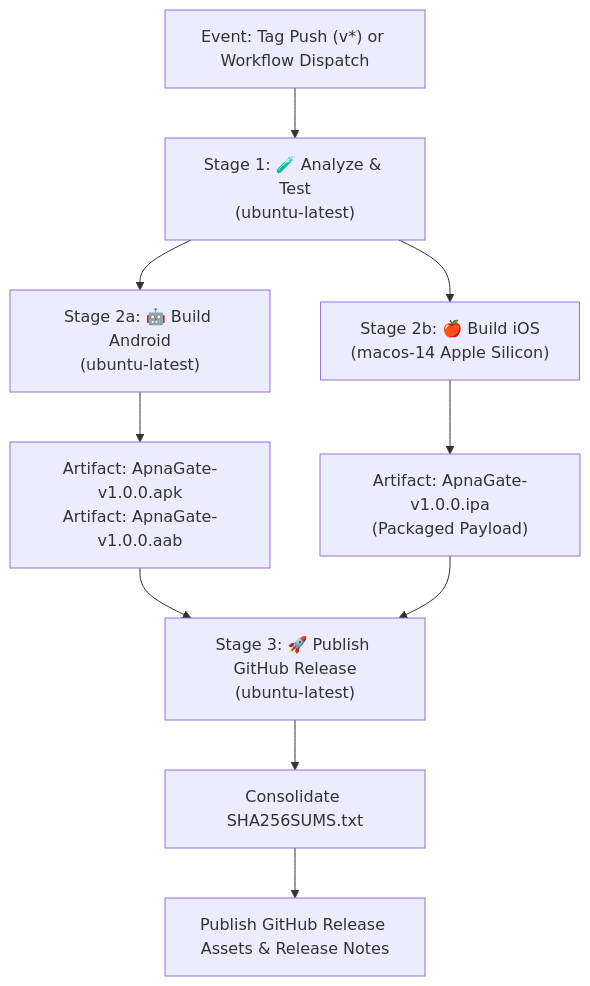
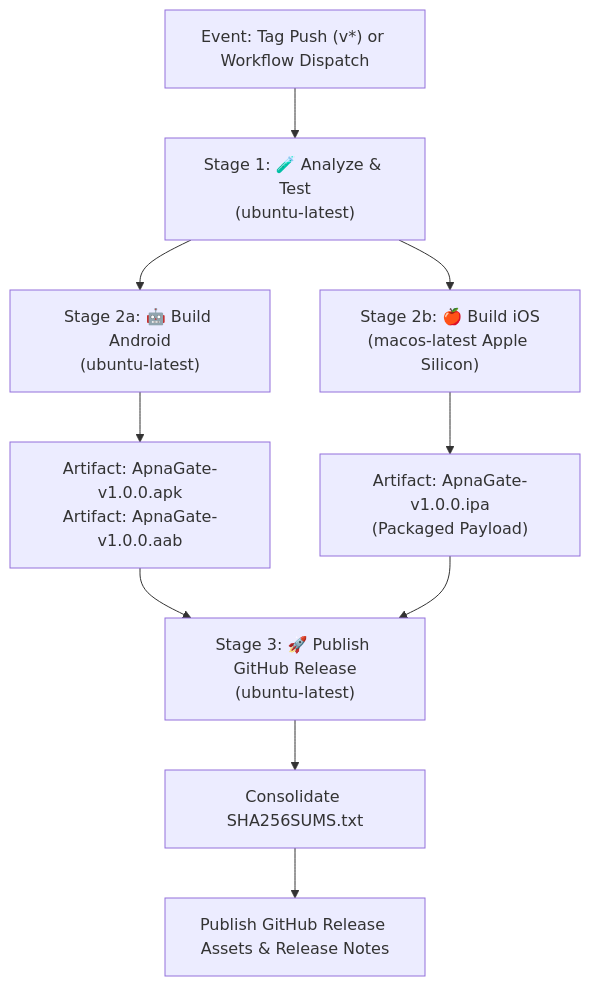
One commit to Coderaryanyadav/ApnaGate changed the diagram in docs/BUILD_AND_RELEASE.md. Above: the diagram before and after it, drawn with Mermaid. The commit also changed other lines of this file and 2 other files, not shown here.

Commit message:
fix(ci): update macOS runner to macos-latest and set gradle wrapper to 8.13

````diff
--- a/docs/BUILD_AND_RELEASE.md
+++ b/docs/BUILD_AND_RELEASE.md
@@ -36,13 +36,13 @@
 ```mermaid
 flowchart TD
     A["Event: Tag Push (v*) or Workflow Dispatch"] --> B["Stage 1: 🧪 Analyze & Test<br/>(ubuntu-latest)"]
     B --> C1["Stage 2a: 🤖 Build Android<br/>(ubuntu-latest)"]
-    B --> C2["Stage 2b: 🍎 Build iOS<br/>(macos-14 Apple Silicon)"]
+    B --> C2["Stage 2b: 🍎 Build iOS<br/>(macos-latest Apple Silicon)"]
     
     C1 --> D1["Artifact: ApnaGate-v1.0.0.apk<br/>Artifact: ApnaGate-v1.0.0.aab"]
     C2 --> D2["Artifact: ApnaGate-v1.0.0.ipa<br/>(Packaged Payload)"]
     
     D1 & D2 --> E["Stage 3: 🚀 Publish GitHub Release<br/>(ubuntu-latest)"]
     E --> F["Consolidate SHA256SUMS.txt"]
     F --> G["Publish GitHub Release Assets & Release Notes"]
 ```
````
